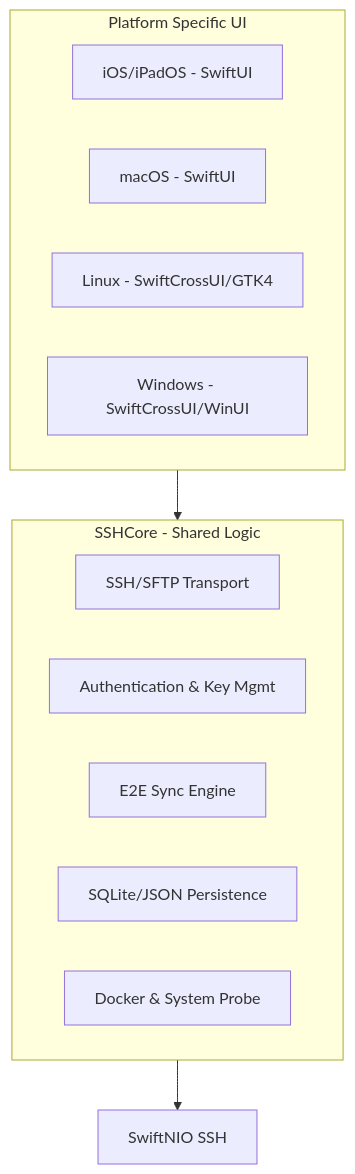
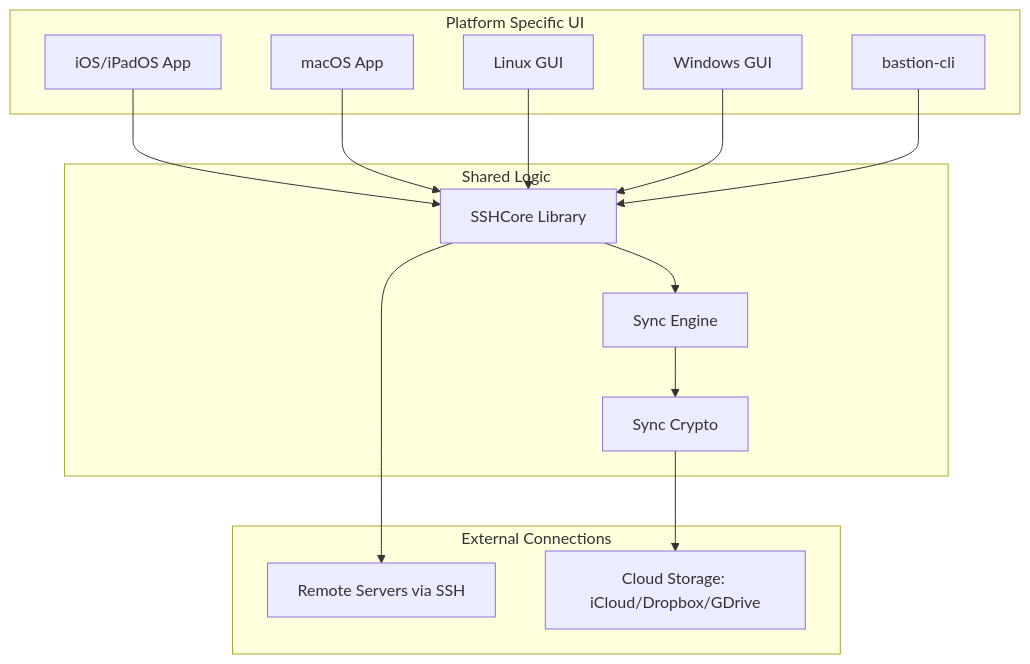
The first of 2 diagrams in .cubic/wiki/01-overview/01-home-overview.md (blixten85/bastion), drawn with Mermaid before and after one commit. The commit also changed other lines of this file and 49 other files, not shown here.

````diff
--- a/.cubic/wiki/01-overview/01-home-overview.md
+++ b/.cubic/wiki/01-overview/01-home-overview.md
@@ -34,20 +45,32 @@
 ```mermaid
 flowchart TD
     subgraph UI_Layer [Platform Specific UI]
-        iOS[iOS/iPadOS - SwiftUI]
-        macOS[macOS - SwiftUI]
-        Linux[Linux - SwiftCrossUI/GTK4]
-        Windows[Windows - SwiftCrossUI/WinUI]
+        IOS[iOS/iPadOS App]
+        MAC[macOS App]
+        LINUX[Linux GUI]
+        WIN[Windows GUI]
+        CLI[bastion-cli]
     end
 
-    subgraph Core [SSHCore - Shared Logic]
-        SSH[SSH/SFTP Transport]
-        Auth[Authentication & Key Mgmt]
-        Sync[E2E Sync Engine]
-        DB[SQLite/JSON Persistence]
-        Logic[Docker & System Probe]
+    subgraph Core_Layer [Shared Logic]
+        SSHCore[SSHCore Library]
+        Sync[Sync Engine]
+        Crypto[Sync Crypto]
     end
 
-    UI_Layer --> Core
-    Core --> NIO[SwiftNIO SSH]
+    subgraph External [External Connections]
+        SSH[Remote Servers via SSH]
+        Cloud[Cloud Storage: iCloud/Dropbox/GDrive]
+    end
+
+    IOS --> SSHCore
+    MAC --> SSHCore
+    LINUX --> SSHCore
+    WIN --> SSHCore
+    CLI --> SSHCore
+    
+    SSHCore --> SSH
+    SSHCore --> Sync
+    Sync --> Crypto
+    Crypto --> Cloud
 ```
````
